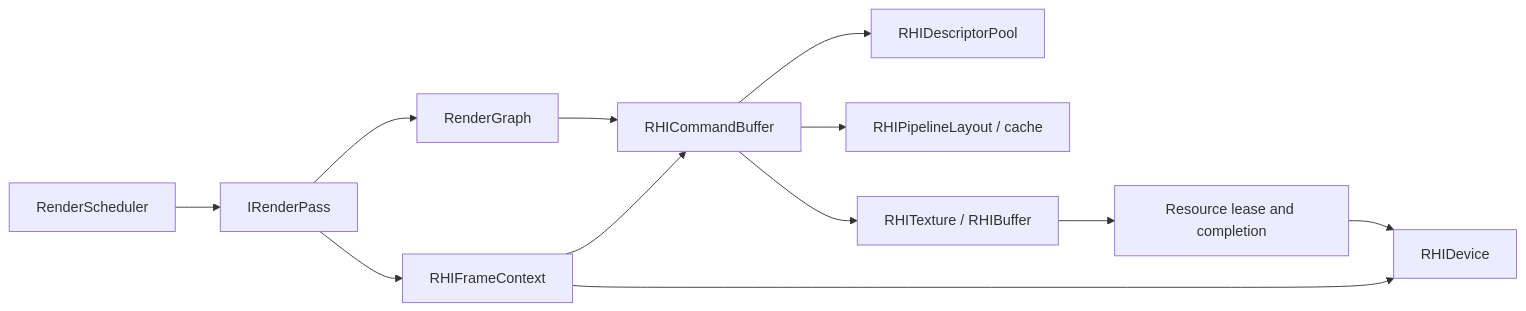
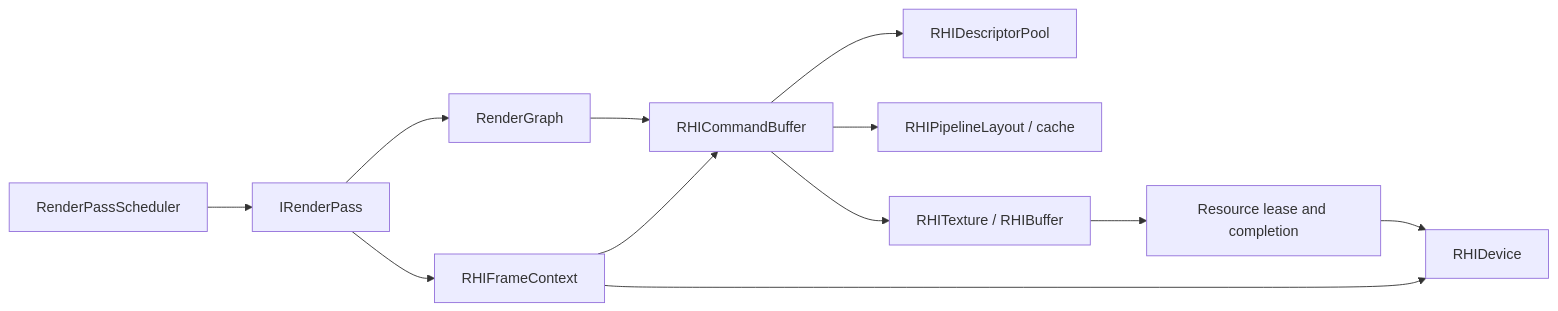
One commit to nguyenphong0210/AxleEngine changed the third of 5 diagrams in docs/milestones/MILESTONE_14_RENDER_ARCHITECTURE/ARCHITECTURE.md. Above: the diagram before and after it, drawn with Mermaid. The commit also changed other lines of this file and 9 other files, not shown here.

````diff
--- a/docs/milestones/MILESTONE_14_RENDER_ARCHITECTURE/ARCHITECTURE.md
+++ b/docs/milestones/MILESTONE_14_RENDER_ARCHITECTURE/ARCHITECTURE.md
@@ -261,14 +261,14 @@
 ```mermaid
 flowchart LR
-    Scheduler["RenderScheduler"] --> Pass["IRenderPass"]
+    Scheduler["RenderPassScheduler"] --> Pass["IRenderPass"]
     Pass --> Graph["RenderGraph"]
     Pass --> Frame["RHIFrameContext"]
     Graph --> Cmd["RHICommandBuffer"]
     Frame --> Cmd
     Cmd --> Descriptor["RHIDescriptorPool"]
     Cmd --> Pipeline["RHIPipelineLayout / cache"]
     Cmd --> Texture["RHITexture / RHIBuffer"]
     Frame --> Device["RHIDevice"]
     Texture --> Lease["Resource lease and completion"]
     Lease --> Device
 ```
````
